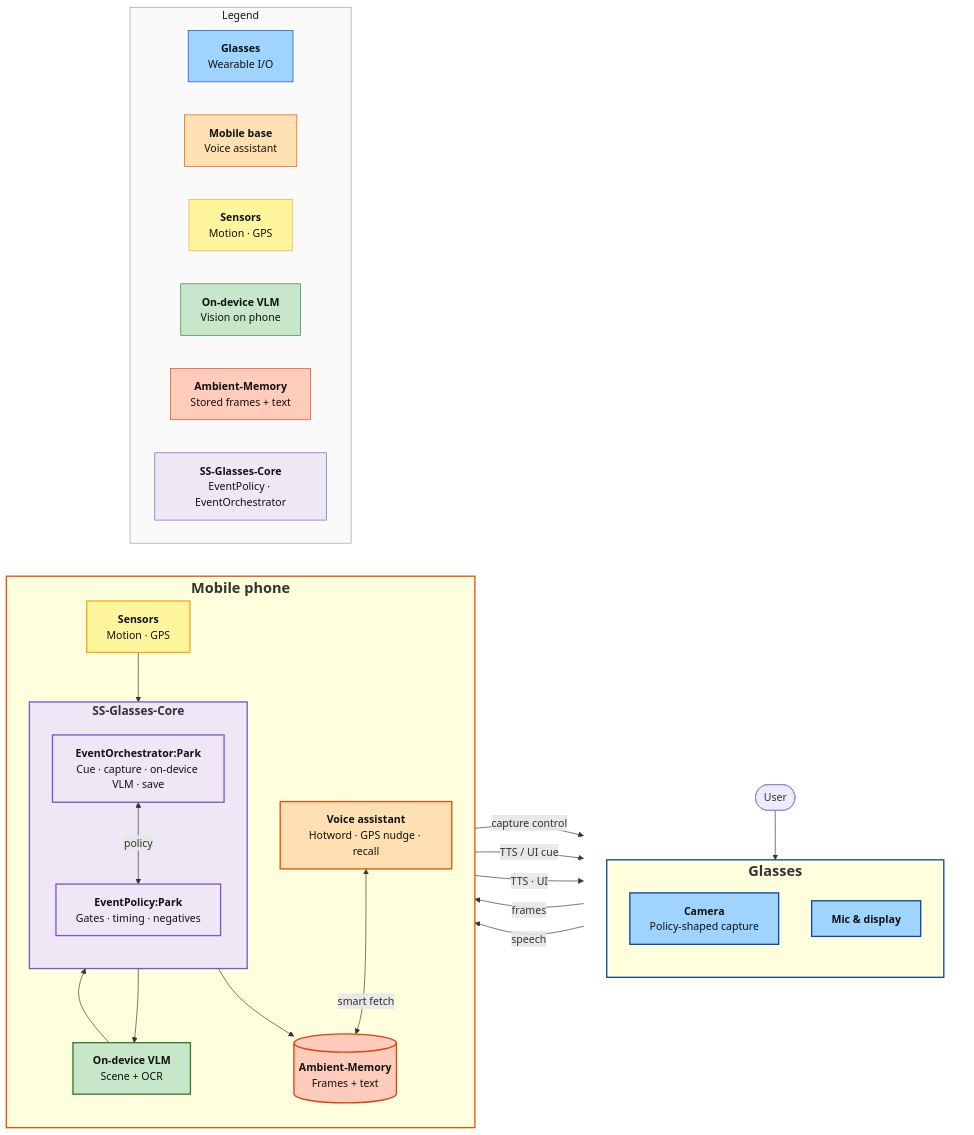
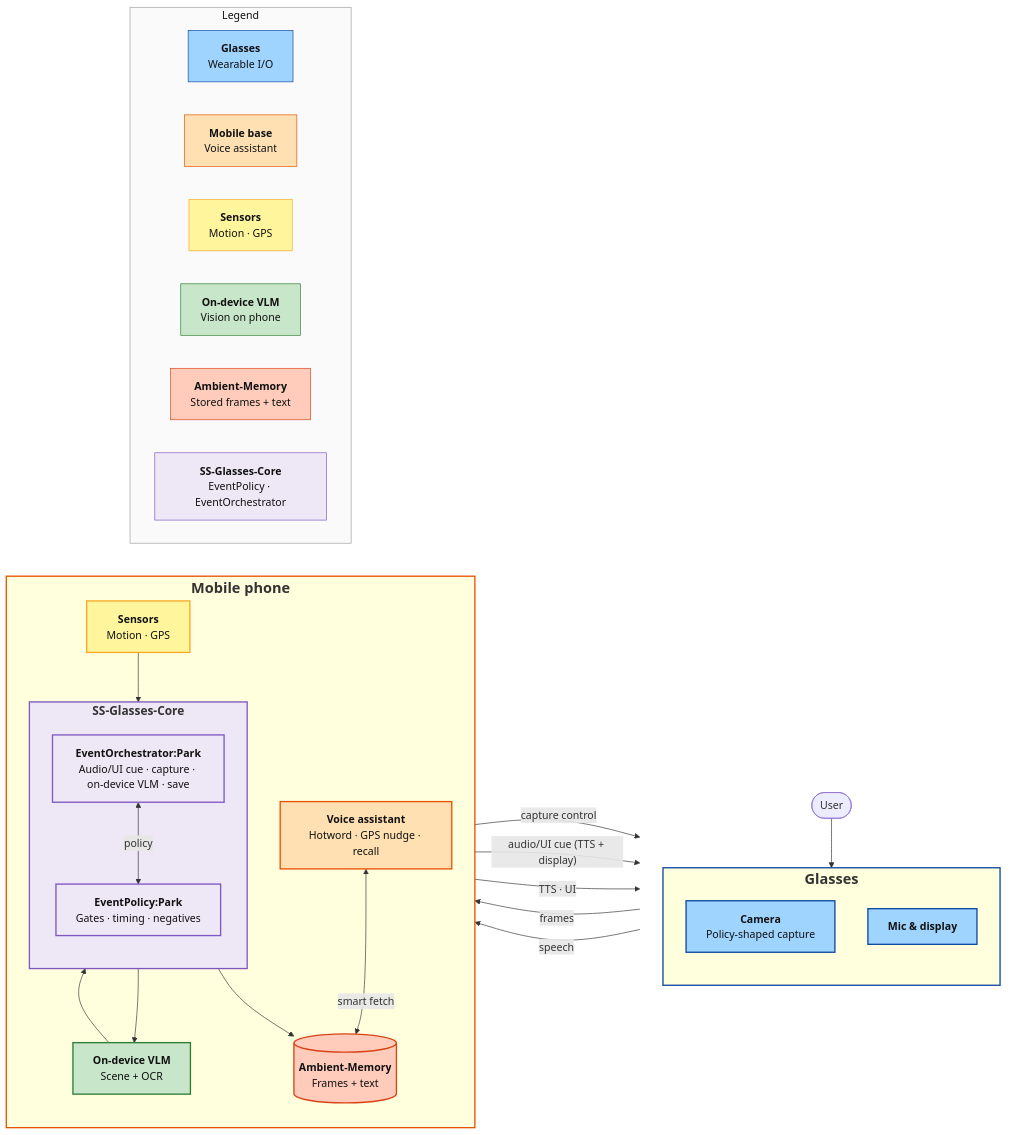
Before and after one commit to penkesiva/wer-26: the diagram in tmp/idea2_mark_car_parking_spot_architecture.mermaid, drawn with Mermaid. The commit also changed 2 other files, not shown here.

Commit message:
docs(idea2): clarify audio/UI cues vs text retrieval cues
Distinguish user-facing TTS and display feedback from VLM retrieval
text, remove em dashes, and align architecture labels.

```diff
--- a/tmp/idea2_mark_car_parking_spot_architecture.mermaid
+++ b/tmp/idea2_mark_car_parking_spot_architecture.mermaid
@@ -1,90 +1,90 @@
 %% Idea 2 — Mark Car Parking Spot · mermaid.live
 %% LR columns: Glasses | Mobile (voice assistant inside) — Mic↔VA across column boundary
 %% <b>…</b> = bold title inside a box
 %% Glasses / Mobile phone labels: centered (native subgraph title), big + bold via HTML
 %%{init: {'flowchart': {'htmlLabels': true}}}%%
 
 flowchart LR
     subgraph GCol[" "]
         direction TB
         User([User])
         subgraph Glasses["<b><span style='font-size:22px'>Glasses</span></b>"]
             direction TB
             Cam["<b>Camera</b><br/>Policy-shaped capture"]
             Mic["<b>Mic & display</b>"]
         end
     end
 
     subgraph Mobile["<b><span style='font-size:22px'>Mobile phone</span></b>"]
         direction TB
         VA["<b>Voice assistant</b><br/>Hotword · GPS nudge · recall"]
         Sens["<b>Sensors</b><br/>Motion · GPS"]
         subgraph SSGC["<b><span style='font-size:18px'>SS-Glasses-Core</span></b>"]
             direction TB
             PolicyCP["<b>EventPolicy:Park</b><br/>Gates · timing · negatives"]
-            OrchCP["<b>EventOrchestrator:Park</b><br/>Cue · capture · on-device VLM · save"]
+            OrchCP["<b>EventOrchestrator:Park</b><br/>Audio/UI cue · capture · on-device VLM · save"]
         end
         VLM["<b>On-device VLM</b><br/>Scene + OCR"]
         AMEM[("<b>Ambient-Memory</b><br/>Frames + text")]
     end
 
     subgraph Legend["Legend"]
         direction LR
         LgG["<b>Glasses</b><br/>Wearable I/O"]
         LgM["<b>Mobile base</b><br/>Voice assistant"]
         LgSen["<b>Sensors</b><br/>Motion · GPS"]
         LgL["<b>On-device VLM</b><br/>Vision on phone"]
         LgA["<b>Ambient-Memory</b><br/>Stored frames + text"]
         LgS["<b>SS-Glasses-Core</b><br/>EventPolicy · EventOrchestrator"]
     end
 
     Sens --> OrchCP
     OrchCP <-->|policy| PolicyCP
 
     Cam -->|"frames"| OrchCP
     OrchCP -->|"capture control"| Cam
-    OrchCP -->|"TTS / UI cue"| Mic
+    OrchCP -->|"audio/UI cue (TTS + display)"| Mic
 
     OrchCP --> VLM
     VLM --> OrchCP
     OrchCP --> AMEM
 
     User --> Mic
     Mic -->|speech| VA
     VA -->|TTS · UI| Mic
     VA <-->|smart fetch| AMEM
 
     classDef glasses fill:#9fd4ff,stroke:#0d47a1,color:#111,stroke-width:2px
     classDef mobile fill:#ffe0b2,stroke:#e65100,color:#111,stroke-width:2px
     classDef sensors fill:#fff59d,stroke:#f9a825,color:#111,stroke-width:2px
     classDef onDeviceVlm fill:#c8e6c9,stroke:#2e7d32,color:#111,stroke-width:2px
     classDef ambientMem fill:#ffccbc,stroke:#d84315,color:#111,stroke-width:2px
     classDef ssCoreLight fill:#ede7f6,stroke:#7e57c2,color:#111,stroke-width:2px
     classDef legendGlasses fill:#9fd4ff,stroke:#0d47a1,color:#111
     classDef legendMobile fill:#ffe0b2,stroke:#e65100,color:#111
     classDef legendSensors fill:#fff59d,stroke:#f9a825,color:#111
     classDef legendVlm fill:#c8e6c9,stroke:#2e7d32,color:#111
     classDef legendAmbient fill:#ffccbc,stroke:#d84315,color:#111
     classDef legendSS fill:#ede7f6,stroke:#7e57c2,color:#111
     classDef legendFrame fill:#fafafa,stroke:#9e9e9e,color:#111
     classDef colHidden fill:none,stroke:none,color:#111
 
     style SSGC fill:#ede7f6,stroke:#7e57c2,stroke-width:2px
     style GCol fill:none,stroke:none
     style Glasses stroke:#0d47a1,stroke-width:2px
     style Mobile stroke:#e65100,stroke-width:2px
 
     class Cam,Mic glasses
     class Sens sensors
     class VA mobile
     class VLM onDeviceVlm
     class AMEM ambientMem
     class PolicyCP,OrchCP ssCoreLight
     class GCol colHidden
     class Legend legendFrame
     class LgG legendGlasses
     class LgM legendMobile
     class LgSen legendSensors
     class LgL legendVlm
     class LgA legendAmbient
     class LgS legendSS
```
